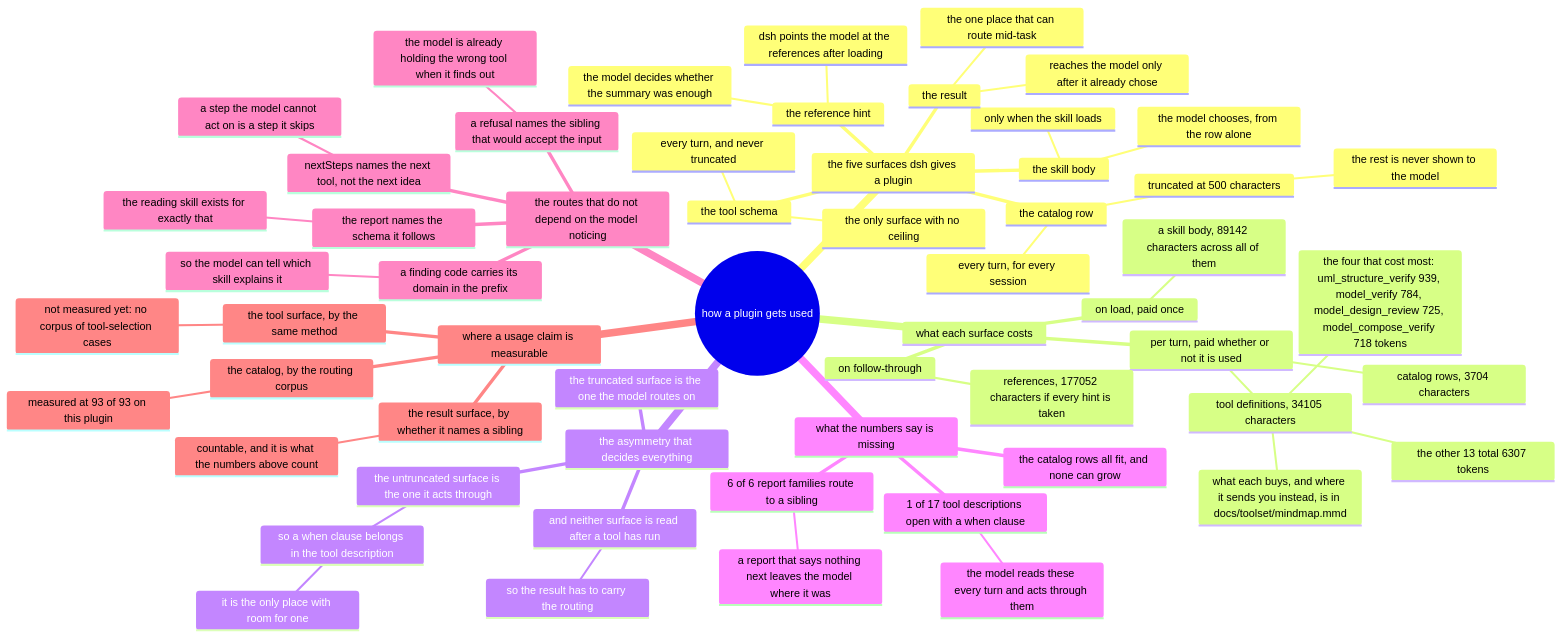
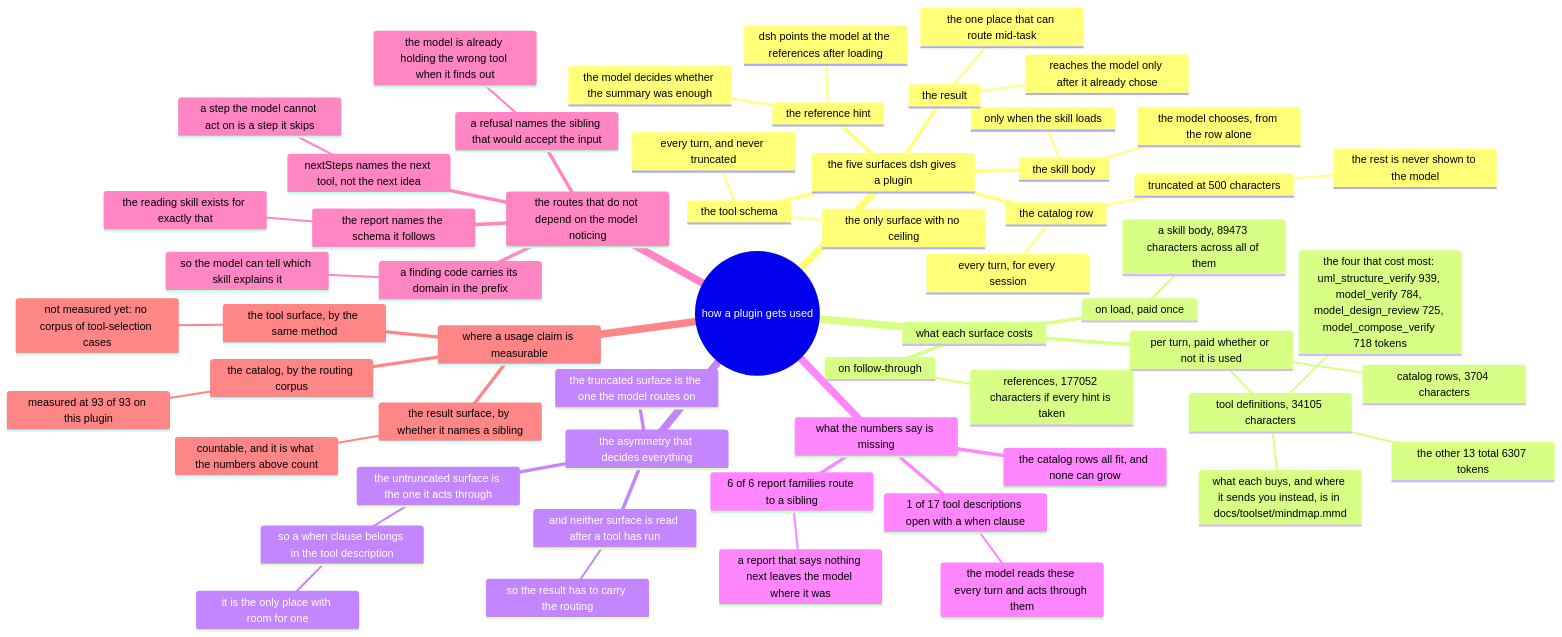
The diagram in docs/usage/mindmap.mmd (AmethystLuna/dsh-model-everything), drawn with Mermaid before and after one commit. The commit also changed 15 other files, not shown here.

```diff
--- a/docs/usage/mindmap.mmd
+++ b/docs/usage/mindmap.mmd
@@ -1,59 +1,59 @@
 mindmap
 root((how a plugin gets used))
   the five surfaces dsh gives a plugin
     the catalog row
       every turn, for every session
       truncated at 500 characters
         the rest is never shown to the model
     the skill body
       only when the skill loads
       the model chooses, from the row alone
     the reference hint
       dsh points the model at the references after loading
       the model decides whether the summary was enough
     the tool schema
       every turn, and never truncated
       the only surface with no ceiling
     the result
       reaches the model only after it already chose
       the one place that can route mid-task
   what each surface costs
     per turn, paid whether or not it is used
       catalog rows, 3704 characters
       tool definitions, 34105 characters
         the four that cost most: uml_structure_verify 939, model_verify 784, model_design_review 725, model_compose_verify 718 tokens
         the other 13 total 6307 tokens
         what each buys, and where it sends you instead, is in docs/toolset/mindmap.mmd
     on load, paid once
-      a skill body, 89142 characters across all of them
+      a skill body, 89473 characters across all of them
     on follow-through
       references, 177052 characters if every hint is taken
   the asymmetry that decides everything
     the truncated surface is the one the model routes on
     the untruncated surface is the one it acts through
       so a when clause belongs in the tool description
         it is the only place with room for one
     and neither surface is read after a tool has run
       so the result has to carry the routing
   what the numbers say is missing
     1 of 17 tool descriptions open with a when clause
       the model reads these every turn and acts through them
     6 of 6 report families route to a sibling
       a report that says nothing next leaves the model where it was
     the catalog rows all fit, and none can grow
   the routes that do not depend on the model noticing
     a refusal names the sibling that would accept the input
       the model is already holding the wrong tool when it finds out
     nextSteps names the next tool, not the next idea
       a step the model cannot act on is a step it skips
     a finding code carries its domain in the prefix
       so the model can tell which skill explains it
     the report names the schema it follows
       the reading skill exists for exactly that
   where a usage claim is measurable
     the catalog, by the routing corpus
       measured at 93 of 93 on this plugin
     the tool surface, by the same method
       not measured yet: no corpus of tool-selection cases
     the result surface, by whether it names a sibling
       countable, and it is what the numbers above count
```
